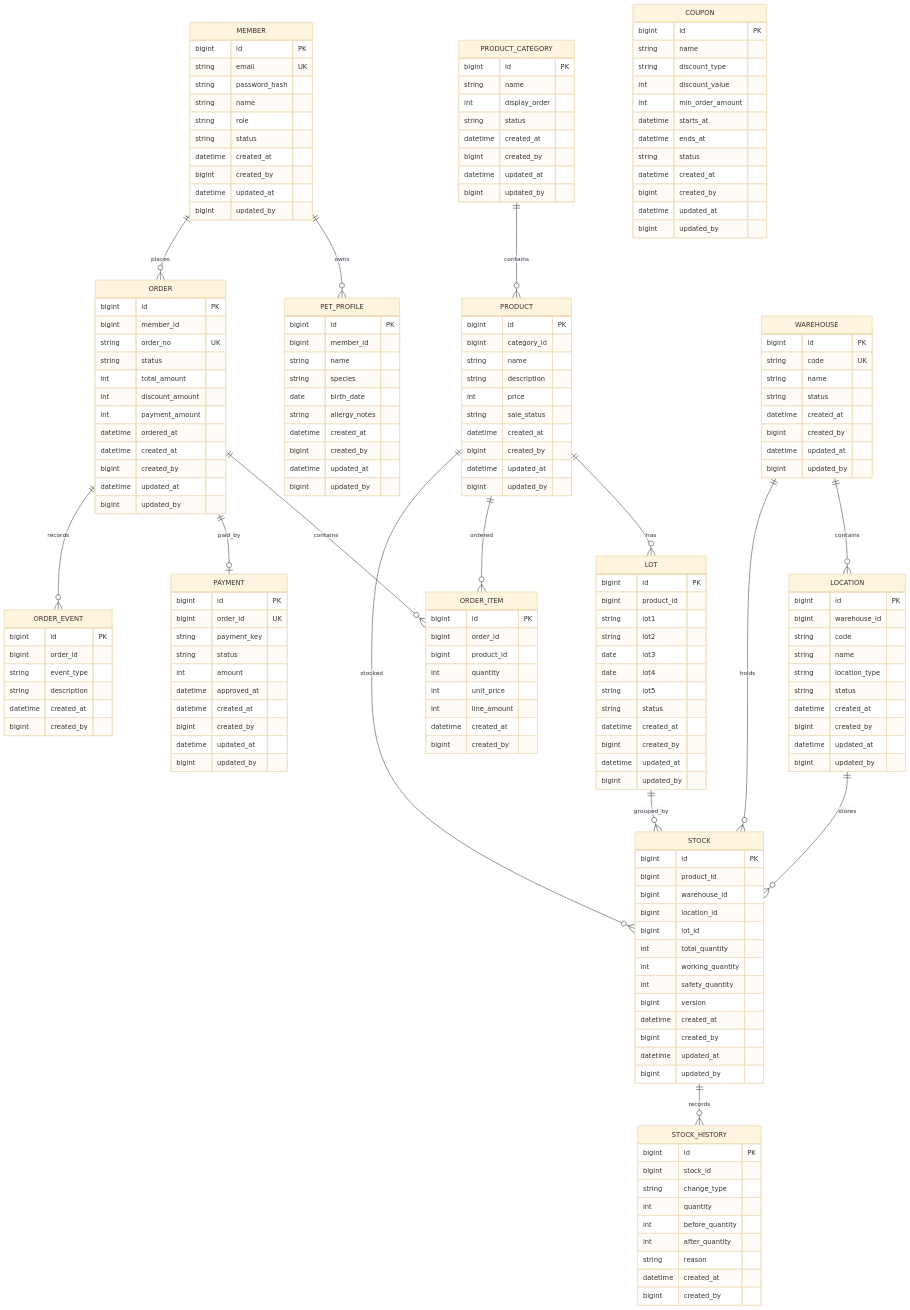
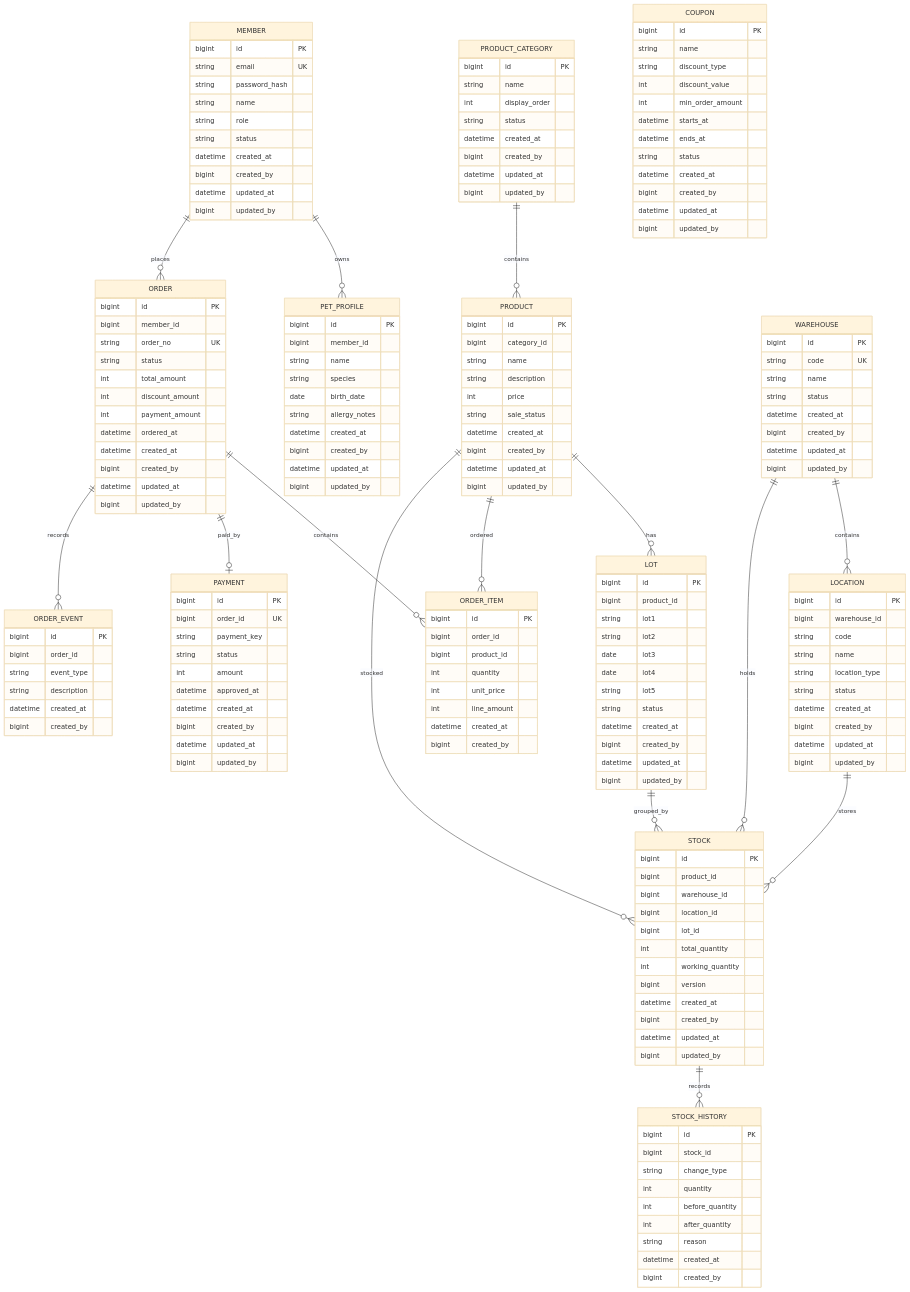
One commit to jinsejong-1028/pet-ops-commerce changed the diagram in docs/03-erd.md. Above: the diagram before and after it, drawn with Mermaid (base theme). The commit also changed 20 other files, not shown here.

Commit message:
refactor: clean up inventory ledger schema

```diff
--- a/docs/03-erd.md
+++ b/docs/03-erd.md
@@ -140,7 +140,6 @@
     bigint lot_id
     int total_quantity
     int working_quantity
-    int safety_quantity
     bigint version
     datetime created_at
     bigint created_by
```
